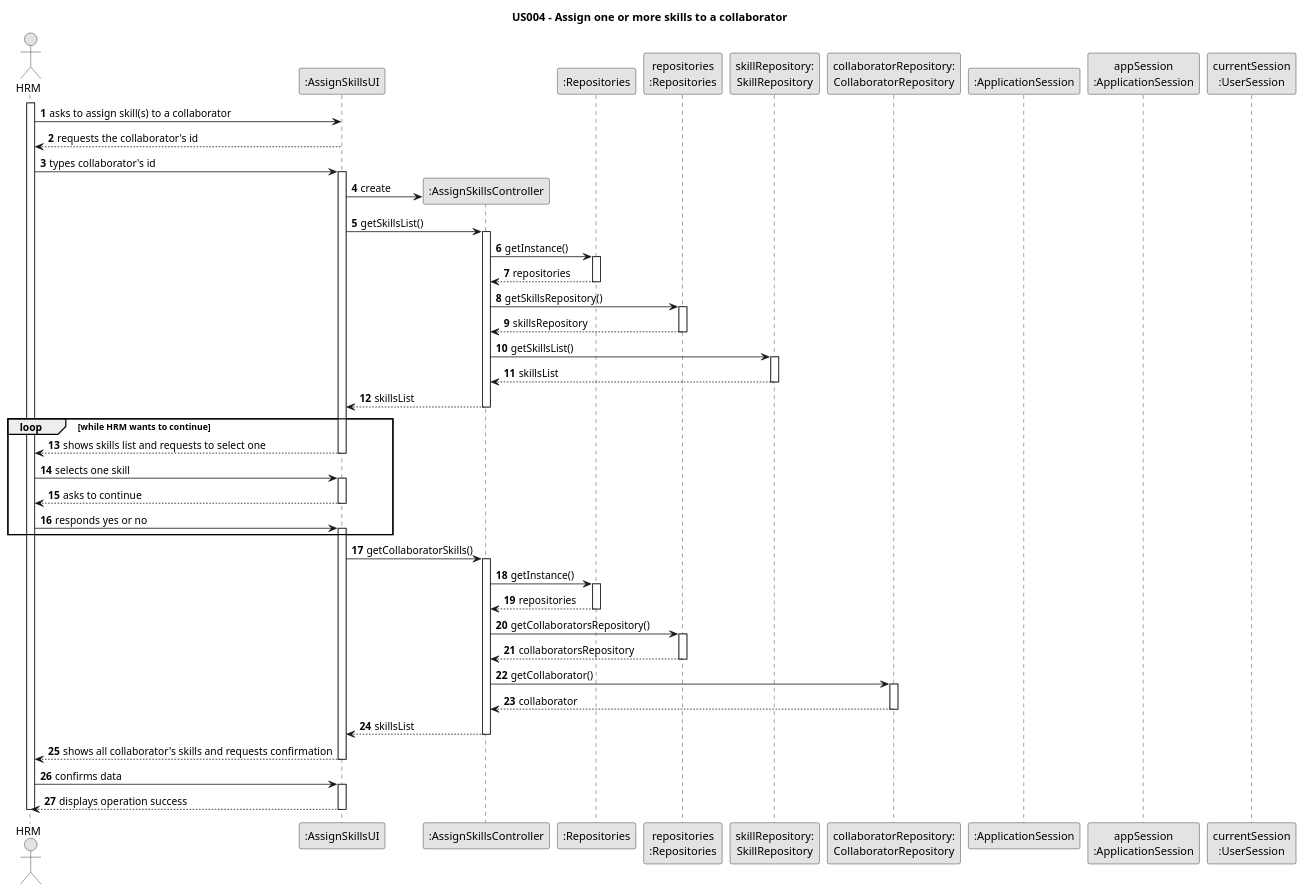
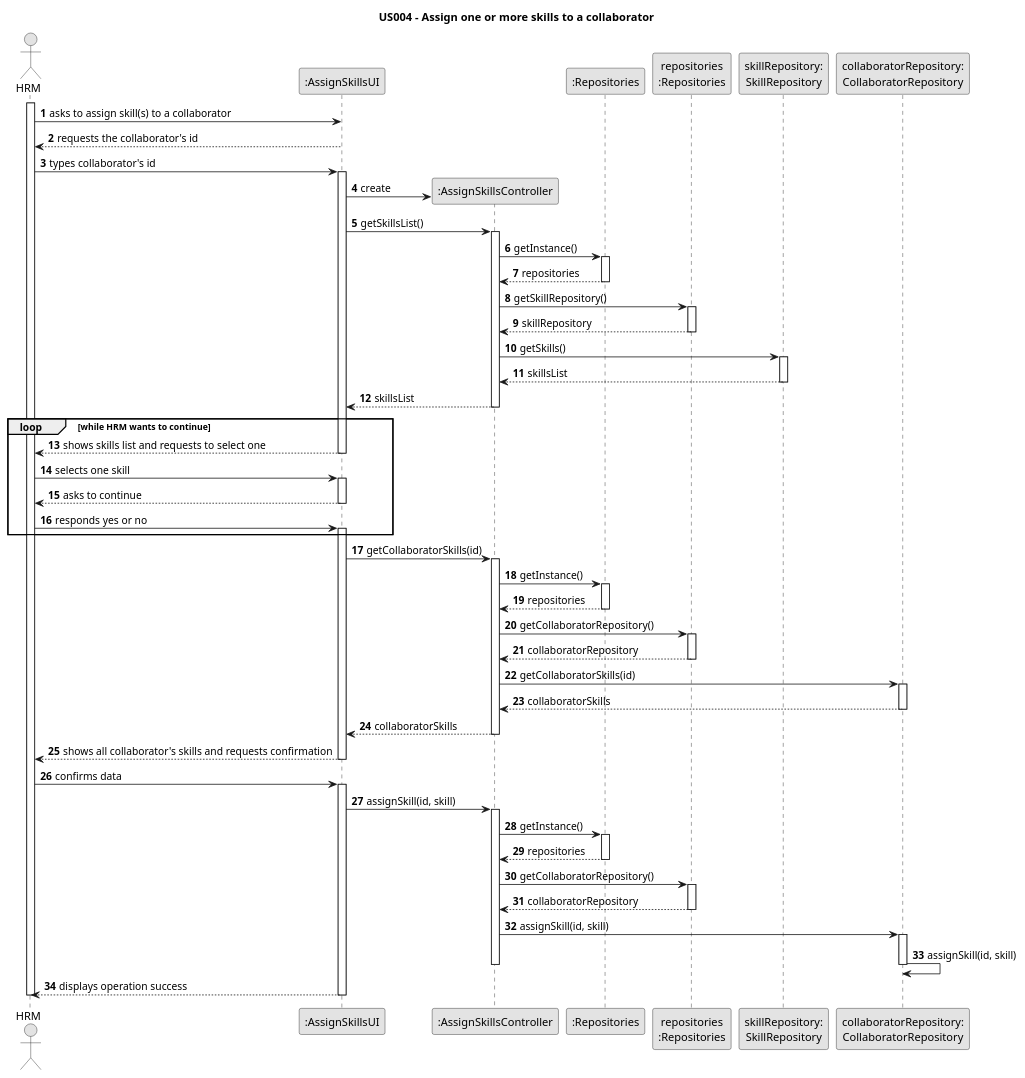
Before and after one commit to Departamento-de-Engenharia-Informatica/lei-24-s2-1dm-g132: the diagram in docs/sprintB/us004/03.design/puml/us004-sequence-diagram.puml, drawn with PlantUML.

Commit message:
US04 sequence diagram full update: assignSkill

```diff
--- a/docs/sprintB/us004/03.design/puml/us004-sequence-diagram.puml
+++ b/docs/sprintB/us004/03.design/puml/us004-sequence-diagram.puml
@@ -1,102 +1,122 @@
 @startuml
 skinparam monochrome true
 skinparam packageStyle rectangle
 skinparam shadowing false
 
 title US004 - Assign one or more skills to a collaborator
 
 autonumber
 
 actor "HRM" as Employee
 participant ":AssignSkillsUI" as UI
 participant ":AssignSkillsController" as CTRL
 participant ":Repositories" as RepositorySingleton
 participant "repositories\n:Repositories" as PLAT
 participant "skillRepository:\nSkillRepository" as SkillRepository
 participant "collaboratorRepository:\nCollaboratorRepository" as CollaboratorRepository
-participant ":ApplicationSession" as _APP
-participant "appSession\n:ApplicationSession" as APP
-participant "currentSession\n:UserSession" as SESSAO
 
 activate Employee
 
     Employee -> UI : asks to assign skill(s) to a collaborator
     UI --> Employee : requests the collaborator's id
     Employee -> UI : types collaborator's id
     activate UI
 
         UI -> CTRL** : create
         UI -> CTRL : getSkillsList()
         activate CTRL
 
             CTRL -> RepositorySingleton : getInstance()
             activate RepositorySingleton
 
             RepositorySingleton --> CTRL: repositories
             deactivate RepositorySingleton
 
-            CTRL -> PLAT : getSkillsRepository()
+            CTRL -> PLAT : getSkillRepository()
             activate PLAT
 
-            PLAT --> CTRL: skillsRepository
+            PLAT --> CTRL: skillRepository
             deactivate PLAT
 
-            CTRL -> SkillRepository : getSkillsList()
+            CTRL -> SkillRepository : getSkills()
             activate SkillRepository
 
             SkillRepository --> CTRL : skillsList
             deactivate SkillRepository
 
             CTRL --> UI : skillsList
         deactivate CTRL
 
     loop while HRM wants to continue
     UI --> Employee : shows skills list and requests to select one
     deactivate UI
 
     Employee -> UI : selects one skill
     activate UI
 
     UI --> Employee : asks to continue
     deactivate UI
 
     Employee -> UI : responds yes or no
     activate UI
     end
-        UI -> CTRL : getCollaboratorSkills()
+        UI -> CTRL : getCollaboratorSkills(id)
         activate CTRL
 
             CTRL -> RepositorySingleton : getInstance()
             activate RepositorySingleton
 
             RepositorySingleton --> CTRL: repositories
             deactivate RepositorySingleton
 
-            CTRL -> PLAT : getCollaboratorsRepository()
+            CTRL -> PLAT : getCollaboratorRepository()
             activate PLAT
 
-            PLAT --> CTRL: collaboratorsRepository
+            PLAT --> CTRL: collaboratorRepository
             deactivate PLAT
 
-            CTRL -> CollaboratorRepository : getCollaborator()
+            CTRL -> CollaboratorRepository : getCollaboratorSkills(id)
             activate CollaboratorRepository
 
-            CollaboratorRepository --> CTRL : collaborator
+            CollaboratorRepository --> CTRL : collaboratorSkills
             deactivate CollaboratorRepository
 
-            CTRL --> UI : skillsList
-    deactivate CTRL
+            CTRL --> UI : collaboratorSkills
+        deactivate CTRL
 
     UI --> Employee : shows all collaborator's skills and requests confirmation
-
 
     deactivate UI
 
     Employee -> UI : confirms data
     activate UI
 
+    UI -> CTRL : assignSkill(id, skill)
+    activate CTRL
+
+                CTRL -> RepositorySingleton : getInstance()
+                activate RepositorySingleton
+
+                RepositorySingleton --> CTRL: repositories
+                deactivate RepositorySingleton
+
+                CTRL -> PLAT : getCollaboratorRepository()
+                activate PLAT
+
+                PLAT --> CTRL: collaboratorRepository
+                deactivate PLAT
+
+                CTRL -> CollaboratorRepository : assignSkill(id, skill)
+                activate CollaboratorRepository
+
+                CollaboratorRepository -> CollaboratorRepository: assignSkill(id, skill)
+
+                deactivate CollaboratorRepository
+
+            deactivate CTRL
+
     UI --> Employee : displays operation success
     deactivate UI
 
 deactivate Employee
 @enduml
```
